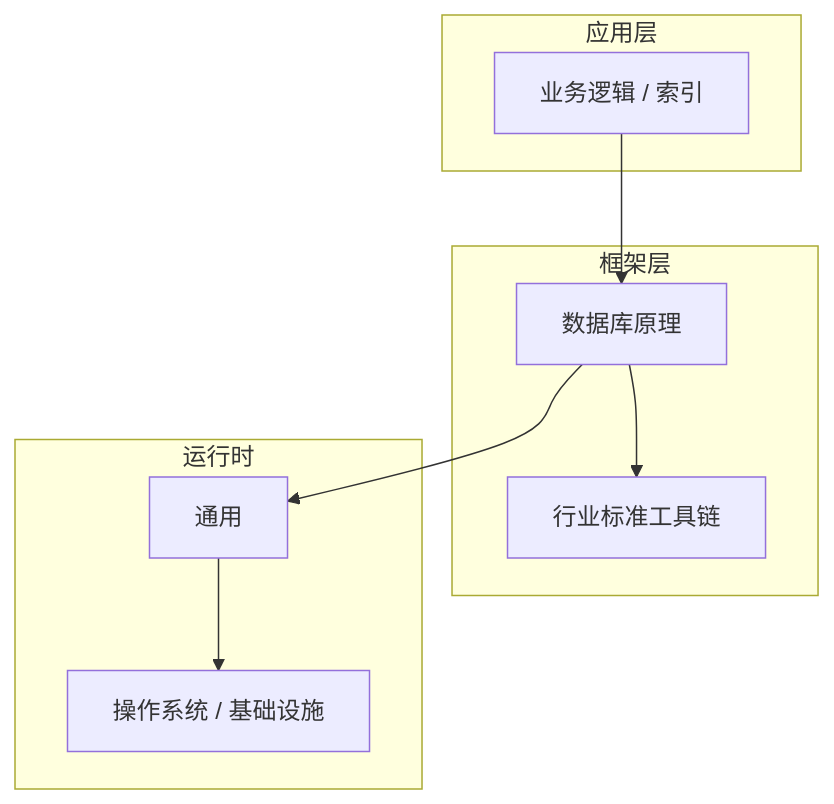
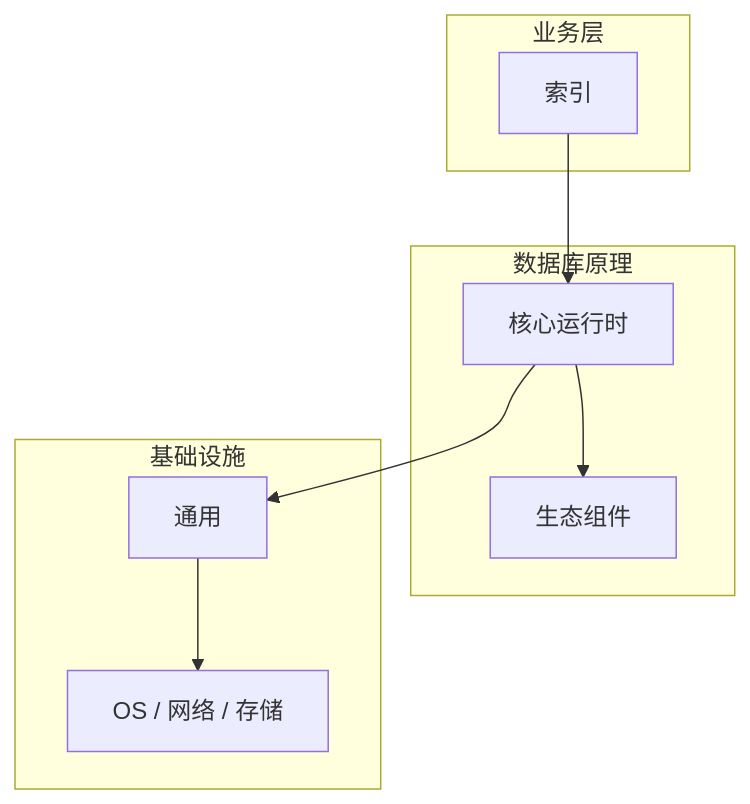
Before and after one commit to yanggan2015/knowledge-json-v2: the diagram in articles/数据库原理/chapters/058-索引核心概念与原理.md, drawn with Mermaid. The commit also changed other lines of this file and 10127 other files, not shown here.

````diff
--- a/articles/数据库原理/chapters/058-索引核心概念与原理.md
+++ b/articles/数据库原理/chapters/058-索引核心概念与原理.md
@@ -45,18 +34,18 @@
 ```mermaid
 graph TB
-    subgraph 应用层
-        A[业务逻辑 / 索引]
+    subgraph 业务层
+        A[索引]
     end
-    subgraph 框架层
-        B[数据库原理]
-        C[行业标准工具链]
+    subgraph 数据库原理
+        B[核心运行时]
+        C[生态组件]
     end
-    subgraph 运行时
+    subgraph 基础设施
         D[通用]
-        E[操作系统 / 基础设施]
+        E[OS / 网络 / 存储]
     end
     A --> B
     B --> C
     B --> D
     D --> E
 ```
````
